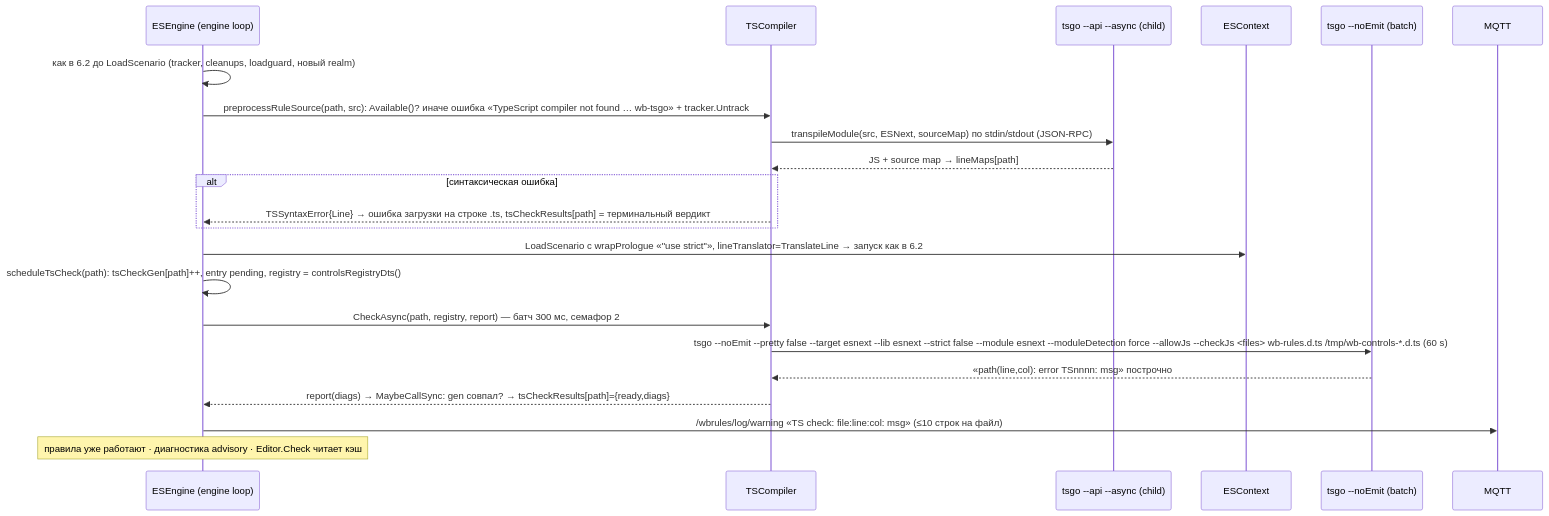
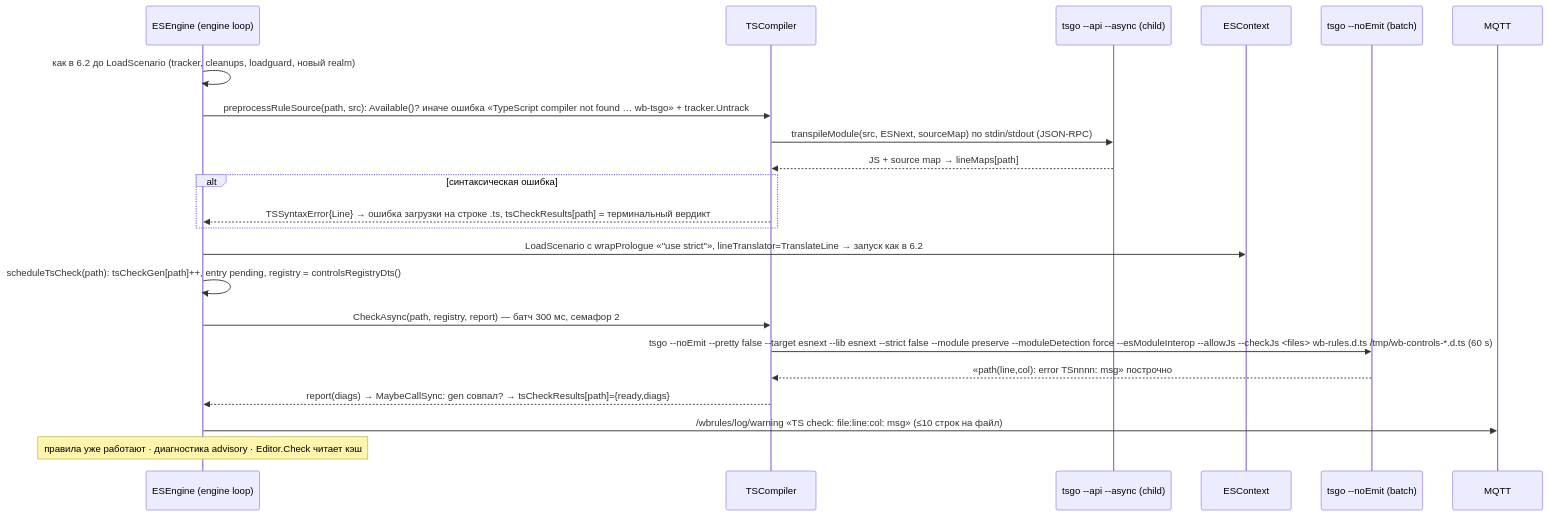
The third of 7 diagrams in docs/arc42/06-runtime-view.md (wirenboard/wb-rules), drawn with Mermaid before and after one commit. The commit also changed 20 other files, not shown here.

````diff
--- a/docs/arc42/06-runtime-view.md
+++ b/docs/arc42/06-runtime-view.md
@@ -70,24 +70,24 @@
 ```mermaid
 sequenceDiagram
     participant E as ESEngine (engine loop)
     participant TS as TSCompiler
     participant TG1 as tsgo --api --async (child)
     participant C as ESContext
     participant TG2 as tsgo --noEmit (batch)
     participant B as MQTT
     E->>E: как в 6.2 до LoadScenario (tracker, cleanups, loadguard, новый realm)
     E->>TS: preprocessRuleSource(path, src): Available()? иначе ошибка «TypeScript compiler not found … wb-tsgo» + tracker.Untrack
     TS->>TG1: transpileModule(src, ESNext, sourceMap) по stdin/stdout (JSON-RPC)
     TG1-->>TS: JS + source map → lineMaps[path]
     alt синтаксическая ошибка
         TS-->>E: TSSyntaxError{Line} → ошибка загрузки на строке .ts, tsCheckResults[path] = терминальный вердикт
     end
     E->>C: LoadScenario с wrapPrologue «"use strict"», lineTranslator=TranslateLine → запуск как в 6.2
     E->>E: scheduleTsCheck(path): tsCheckGen[path]++, entry pending, registry = controlsRegistryDts()
     E->>TS: CheckAsync(path, registry, report) — батч 300 мс, семафор 2
-    TS->>TG2: tsgo --noEmit --pretty false --target esnext --lib esnext --strict false --module esnext --moduleDetection force --allowJs --checkJs <files> wb-rules.d.ts /tmp/wb-controls-*.d.ts (60 s)
+    TS->>TG2: tsgo --noEmit --pretty false --target esnext --lib esnext --strict false --module preserve --moduleDetection force --esModuleInterop --allowJs --checkJs <files> wb-rules.d.ts /tmp/wb-controls-*.d.ts (60 s)
     TG2-->>TS: «path(line,col): error TSnnnn: msg» построчно
     TS-->>E: report(diags) → MaybeCallSync: gen совпал? → tsCheckResults[path]={ready,diags}
     E->>B: /wbrules/log/warning «TS check: file:line:col: msg» (≤10 строк на файл)
     Note over E: правила уже работают · диагностика advisory · Editor.Check читает кэш
 ```
````
